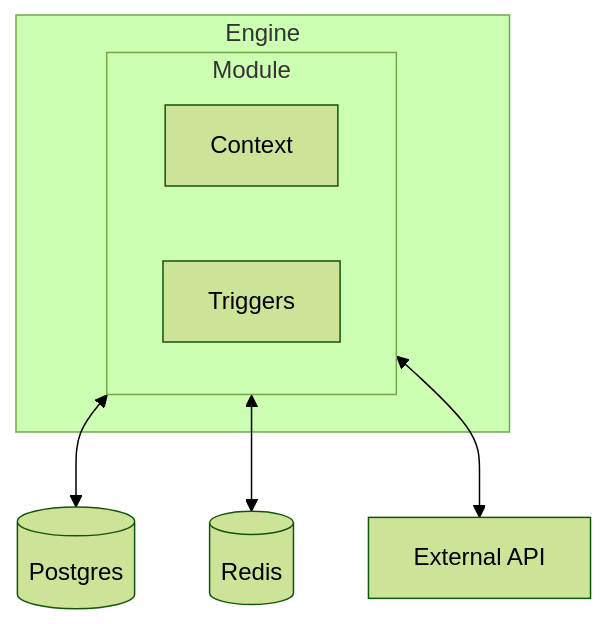
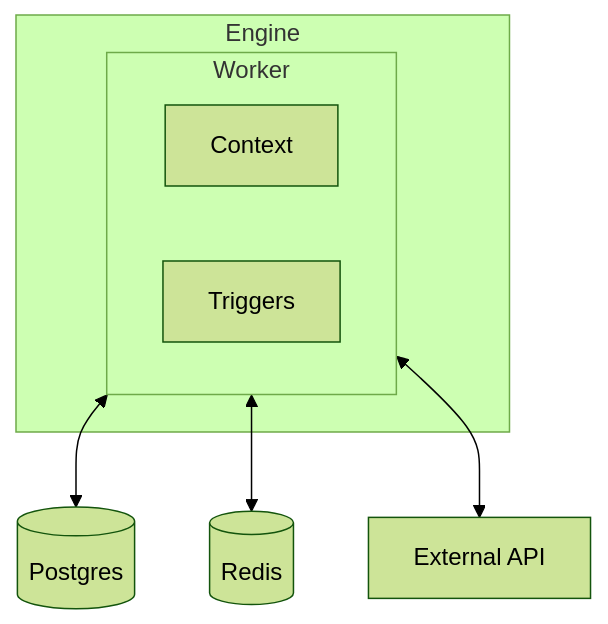
The diagram in docs/architecture/modules.mdx (iii-hq/iii), drawn with Mermaid (forest theme) before and after one commit. The commit also changed other lines of this file and 13 other files, not shown here.

````diff
--- a/docs/architecture/modules.mdx
+++ b/docs/architecture/modules.mdx
@@ -12,12 +12,12 @@
 ```mermaid
 graph TB
     subgraph Engine[Engine]
-        subgraph Module[Module]
+        subgraph Worker[Worker]
             Context[Context]
             Triggers[Triggers]
         end
     end
-    Module <--> Postgres[(Postgres)]
-    Module <--> Redis[(Redis)]
-    Module <--> ExtAPI[External API]
+    Worker <--> Postgres[(Postgres)]
+    Worker <--> Redis[(Redis)]
+    Worker <--> ExtAPI[External API]
 ```
````
